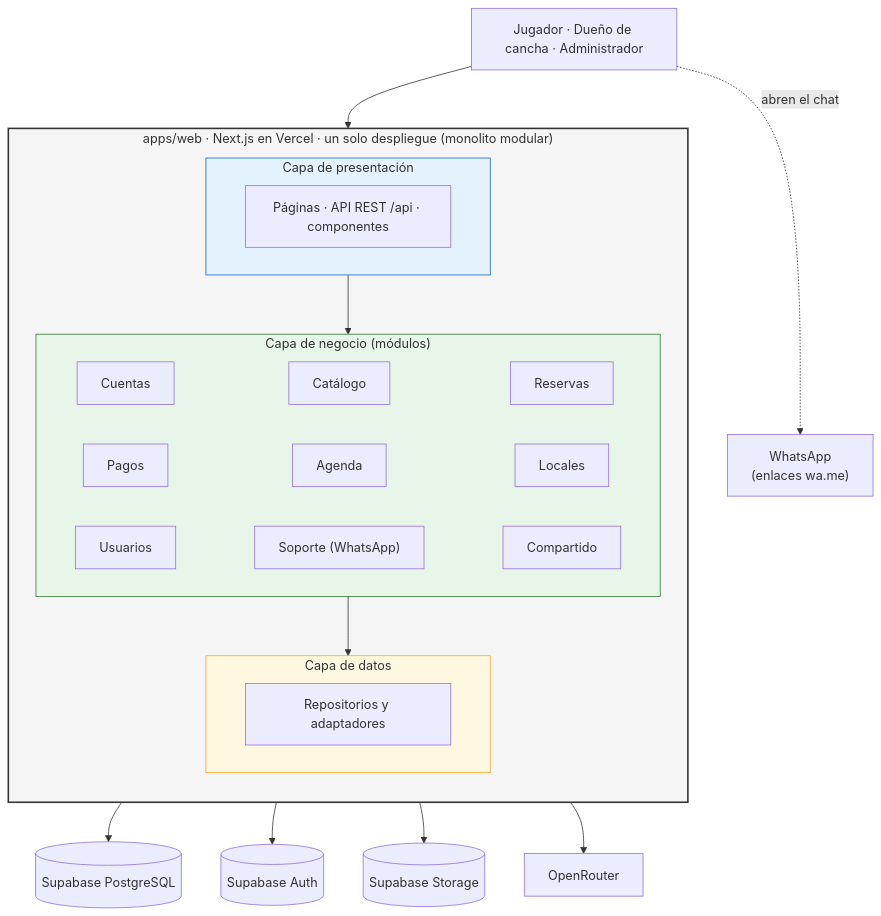
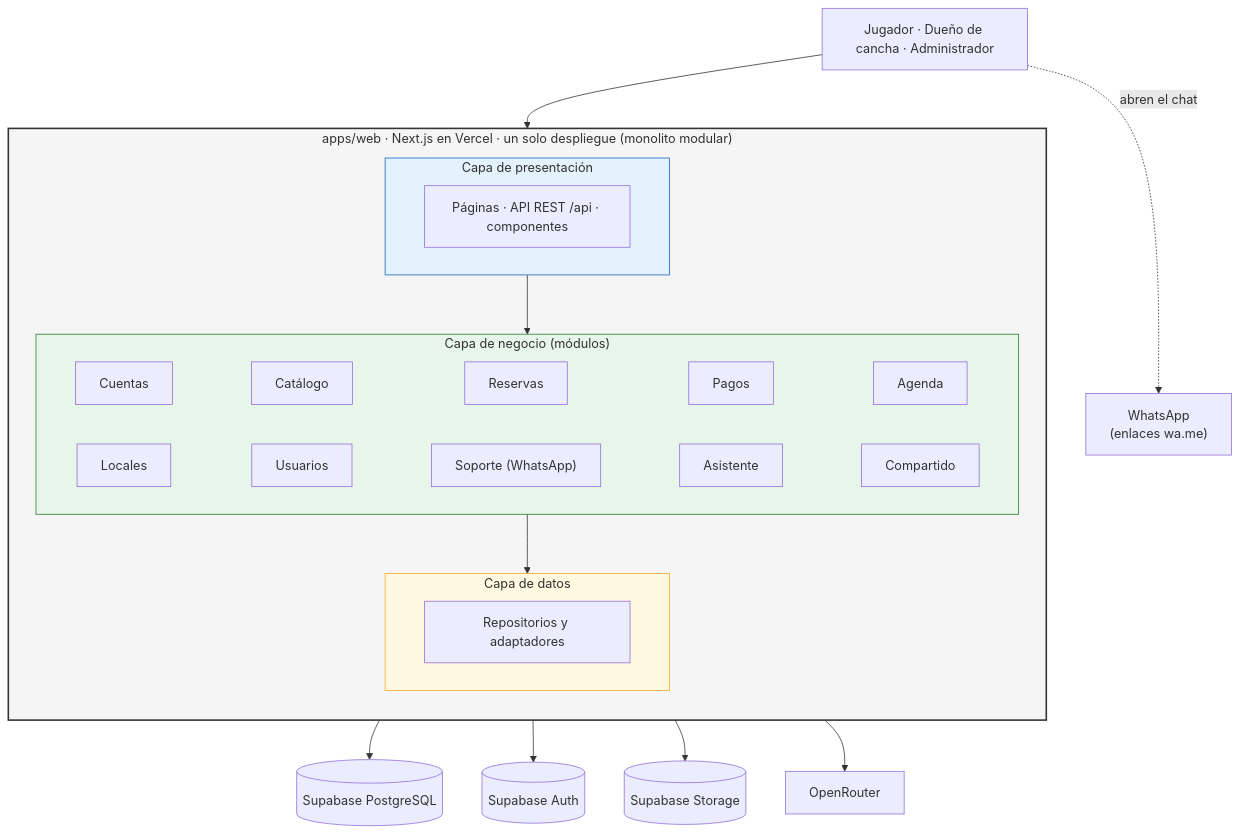
One commit to edhtsprado27-bit/ReservaYa-Ayacucho changed the diagram in img/fuentes-svg/ArquitecturaMonoliticaReservaYaEnCapas.mmd. Above: the diagram before and after it, drawn with Mermaid. The commit also changed 33 other files, not shown here.

Commit message:
docs: spec 013, ADR-015 y documentos y diagramas actualizados con el asistente

```diff
--- a/img/fuentes-svg/ArquitecturaMonoliticaReservaYaEnCapas.mmd
+++ b/img/fuentes-svg/ArquitecturaMonoliticaReservaYaEnCapas.mmd
@@ -1,40 +1,40 @@
 flowchart TB
     usuarios["Jugador · Dueño de cancha · Administrador"]
     subgraph mono["apps/web · Next.js en Vercel · un solo despliegue (monolito modular)"]
         direction TB
         subgraph c1["Capa de presentación"]
             p["Páginas · API REST /api · componentes"]
         end
         subgraph c2["Capa de negocio (módulos)"]
             m1["Cuentas"]
             m2["Catálogo"]
             m3["Reservas"]
             m4["Pagos"]
             m5["Agenda"]
             m6["Locales"]
             m7["Usuarios"]
             m8["Soporte (WhatsApp)"]
-            m9["Compartido"]
-            m1 ~~~ m2 ~~~ m3
-            m4 ~~~ m5 ~~~ m6
-            m7 ~~~ m8 ~~~ m9
+            m9["Asistente"]
+            m10["Compartido"]
+            m1 ~~~ m2 ~~~ m3 ~~~ m4 ~~~ m5
+            m6 ~~~ m7 ~~~ m8 ~~~ m9 ~~~ m10
         end
         subgraph c3["Capa de datos"]
             r["Repositorios y adaptadores"]
         end
         c1 --> c2 --> c3
     end
     bd[("Supabase PostgreSQL")]
     au[("Supabase Auth")]
     st[("Supabase Storage")]
     ia["OpenRouter"]
     wa["WhatsApp<br/>(enlaces wa.me)"]
 
     usuarios --> mono
     usuarios -. "abren el chat" .-> wa
     c3 --> bd & au & st & ia
 
     style mono fill:#f5f5f5,stroke:#333,stroke-width:2px
     style c1 fill:#e3f2fd,stroke:#1565c0
     style c2 fill:#e8f5e9,stroke:#2e7d32
     style c3 fill:#fff8e1,stroke:#f9a825
```
